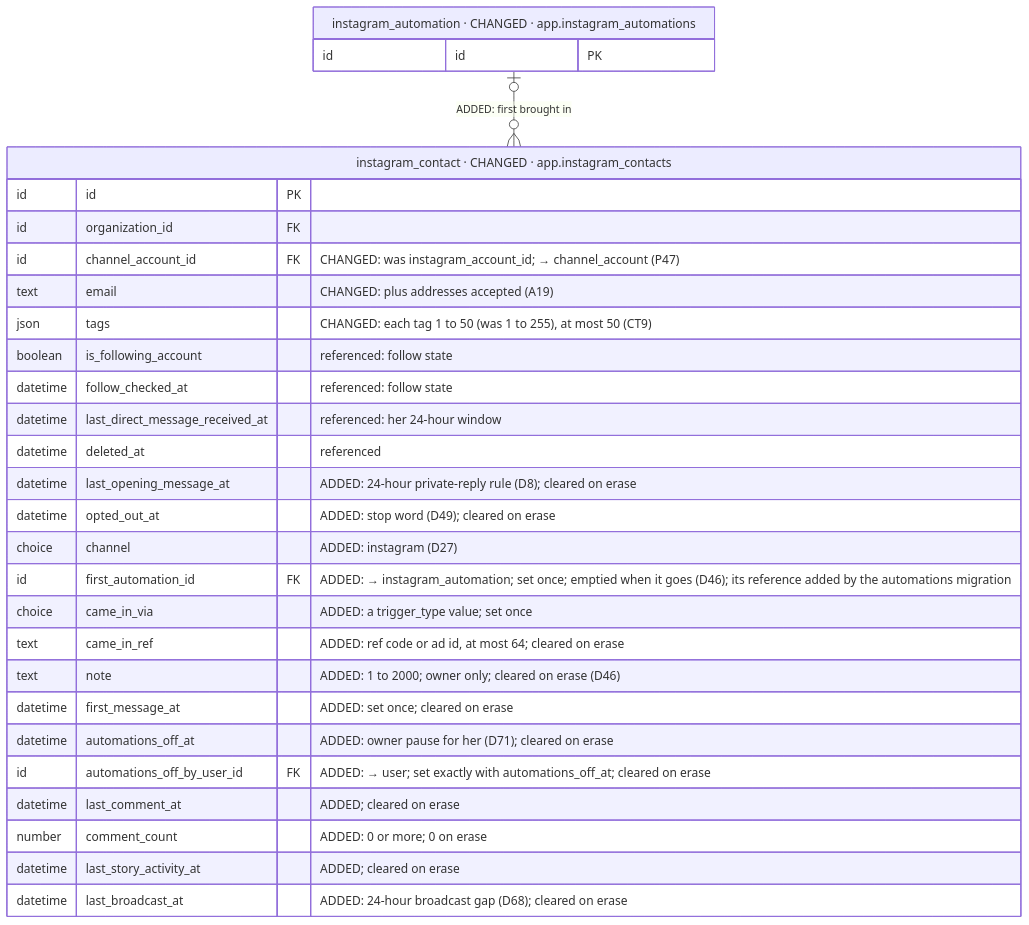
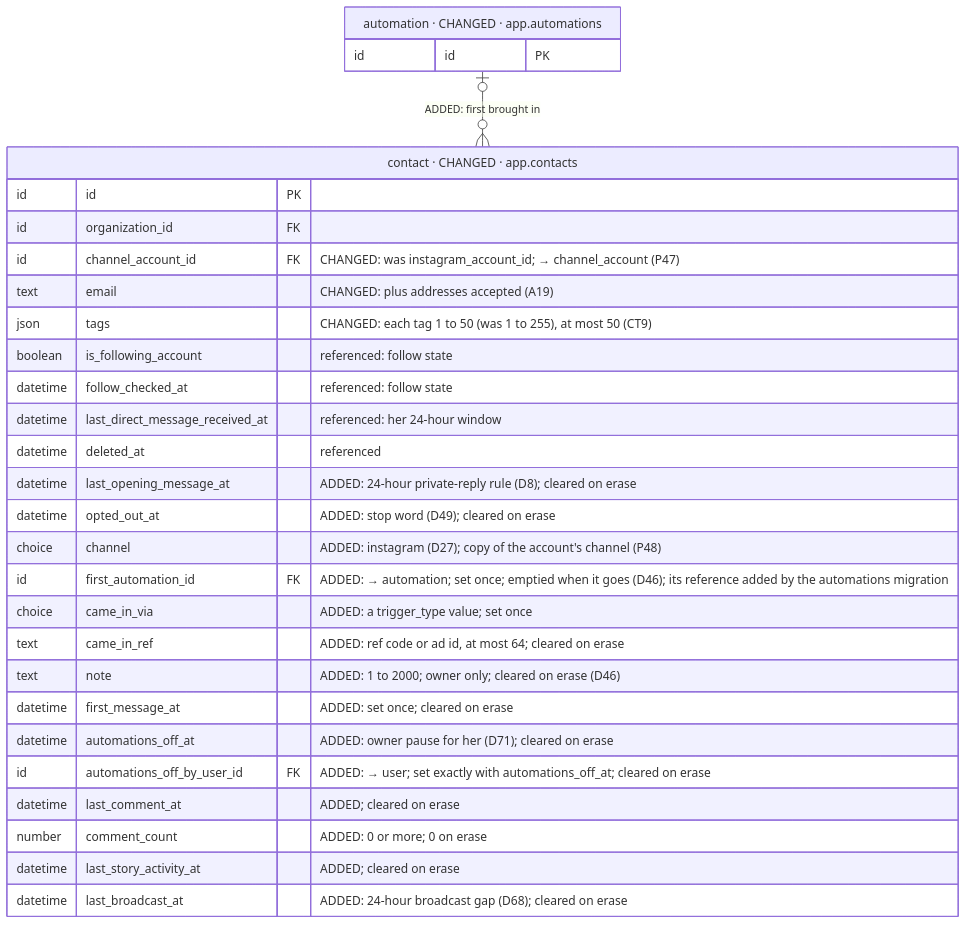
Before and after one commit to albetrios/meepzo-be: the ninth of 40 diagrams in iterations/feat-instagram-dm-sending-2026-11-23-oxak/plans/db-changes.md, drawn with Mermaid. The commit also changed other lines of this file and 2 other files, not shown here.

````diff
--- a/iterations/feat-instagram-dm-sending-2026-11-23-oxak/plans/db-changes.md
+++ b/iterations/feat-instagram-dm-sending-2026-11-23-oxak/plans/db-changes.md
@@ -568,32 +599,32 @@
 ```mermaid
 erDiagram
-  instagram_contact["instagram_contact · CHANGED · app.instagram_contacts"] {
+  contact["contact · CHANGED · app.contacts"] {
     id id PK
     id organization_id FK
     id channel_account_id FK "CHANGED: was instagram_account_id; → channel_account (P47)"
     text email "CHANGED: plus addresses accepted (A19)"
     json tags "CHANGED: each tag 1 to 50 (was 1 to 255), at most 50 (CT9)"
     boolean is_following_account "referenced: follow state"
     datetime follow_checked_at "referenced: follow state"
     datetime last_direct_message_received_at "referenced: her 24-hour window"
     datetime deleted_at "referenced"
     datetime last_opening_message_at "ADDED: 24-hour private-reply rule (D8); cleared on erase"
     datetime opted_out_at "ADDED: stop word (D49); cleared on erase"
-    choice channel "ADDED: instagram (D27)"
-    id first_automation_id FK "ADDED: → instagram_automation; set once; emptied when it goes (D46); its reference added by the automations migration"
+    choice channel "ADDED: instagram (D27); copy of the account's channel (P48)"
+    id first_automation_id FK "ADDED: → automation; set once; emptied when it goes (D46); its reference added by the automations migration"
     choice came_in_via "ADDED: a trigger_type value; set once"
     text came_in_ref "ADDED: ref code or ad id, at most 64; cleared on erase"
     text note "ADDED: 1 to 2000; owner only; cleared on erase (D46)"
     datetime first_message_at "ADDED: set once; cleared on erase"
     datetime automations_off_at "ADDED: owner pause for her (D71); cleared on erase"
     id automations_off_by_user_id FK "ADDED: → user; set exactly with automations_off_at; cleared on erase"
     datetime last_comment_at "ADDED; cleared on erase"
     number comment_count "ADDED: 0 or more; 0 on erase"
     datetime last_story_activity_at "ADDED; cleared on erase"
     datetime last_broadcast_at "ADDED: 24-hour broadcast gap (D68); cleared on erase"
   }
-  instagram_automation["instagram_automation · CHANGED · app.instagram_automations"] {
+  automation["automation · CHANGED · app.automations"] {
     id id PK
   }
-  instagram_automation |o--o{ instagram_contact : "ADDED: first brought in"
+  automation |o--o{ contact : "ADDED: first brought in"
 ```
````
